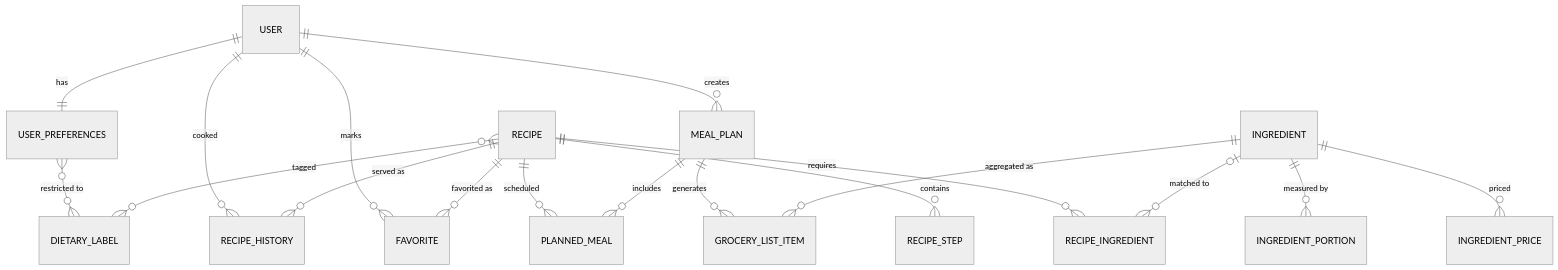
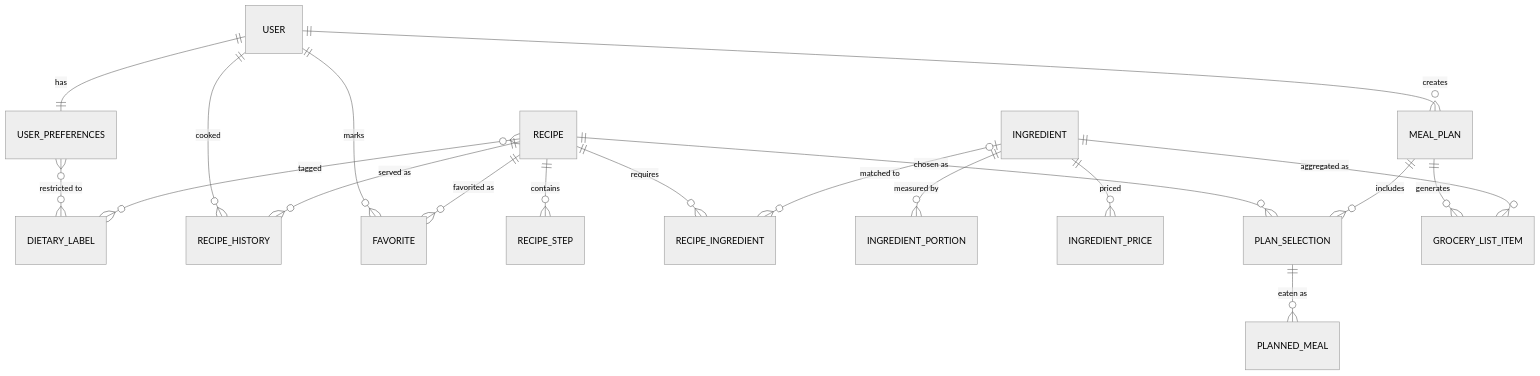
One commit to FoolsFlagonStudio/Forkast changed the diagram in backend/README.md. Above: the diagram before and after it, drawn with Mermaid (neutral theme). The commit also changed other lines of this file and 91 other files, not shown here.

Commit message:
meal plan generation complete

````diff
--- a/backend/README.md
+++ b/backend/README.md
@@ -172,20 +183,21 @@
 ```mermaid
 erDiagram
     USER ||--|| USER_PREFERENCES : has
     USER_PREFERENCES }o--o{ DIETARY_LABEL : "restricted to"
     USER ||--o{ RECIPE_HISTORY : cooked
     USER ||--o{ FAVORITE : marks
     USER ||--o{ MEAL_PLAN : creates
     RECIPE ||--o{ RECIPE_STEP : contains
     RECIPE ||--o{ RECIPE_INGREDIENT : requires
     RECIPE }o--o{ DIETARY_LABEL : tagged
     INGREDIENT |o--o{ RECIPE_INGREDIENT : "matched to"
     INGREDIENT ||--o{ INGREDIENT_PORTION : "measured by"
     INGREDIENT ||--o{ INGREDIENT_PRICE : priced
     RECIPE ||--o{ FAVORITE : "favorited as"
     RECIPE ||--o{ RECIPE_HISTORY : "served as"
-    RECIPE ||--o{ PLANNED_MEAL : scheduled
-    MEAL_PLAN ||--o{ PLANNED_MEAL : includes
+    RECIPE ||--o{ PLAN_SELECTION : "chosen as"
+    MEAL_PLAN ||--o{ PLAN_SELECTION : includes
+    PLAN_SELECTION ||--o{ PLANNED_MEAL : "eaten as"
     MEAL_PLAN ||--o{ GROCERY_LIST_ITEM : generates
     INGREDIENT ||--o{ GROCERY_LIST_ITEM : "aggregated as"
 ```
````
